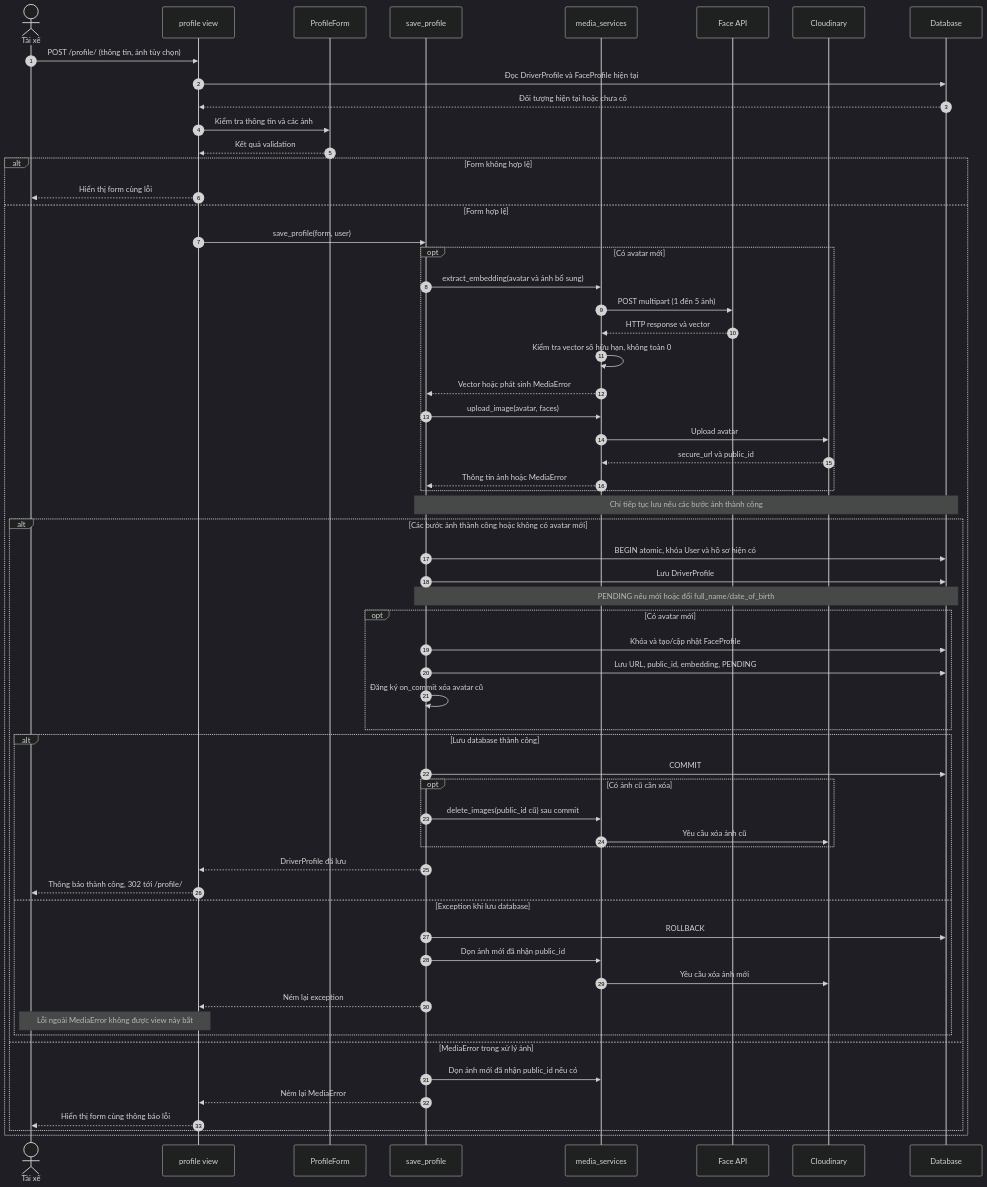
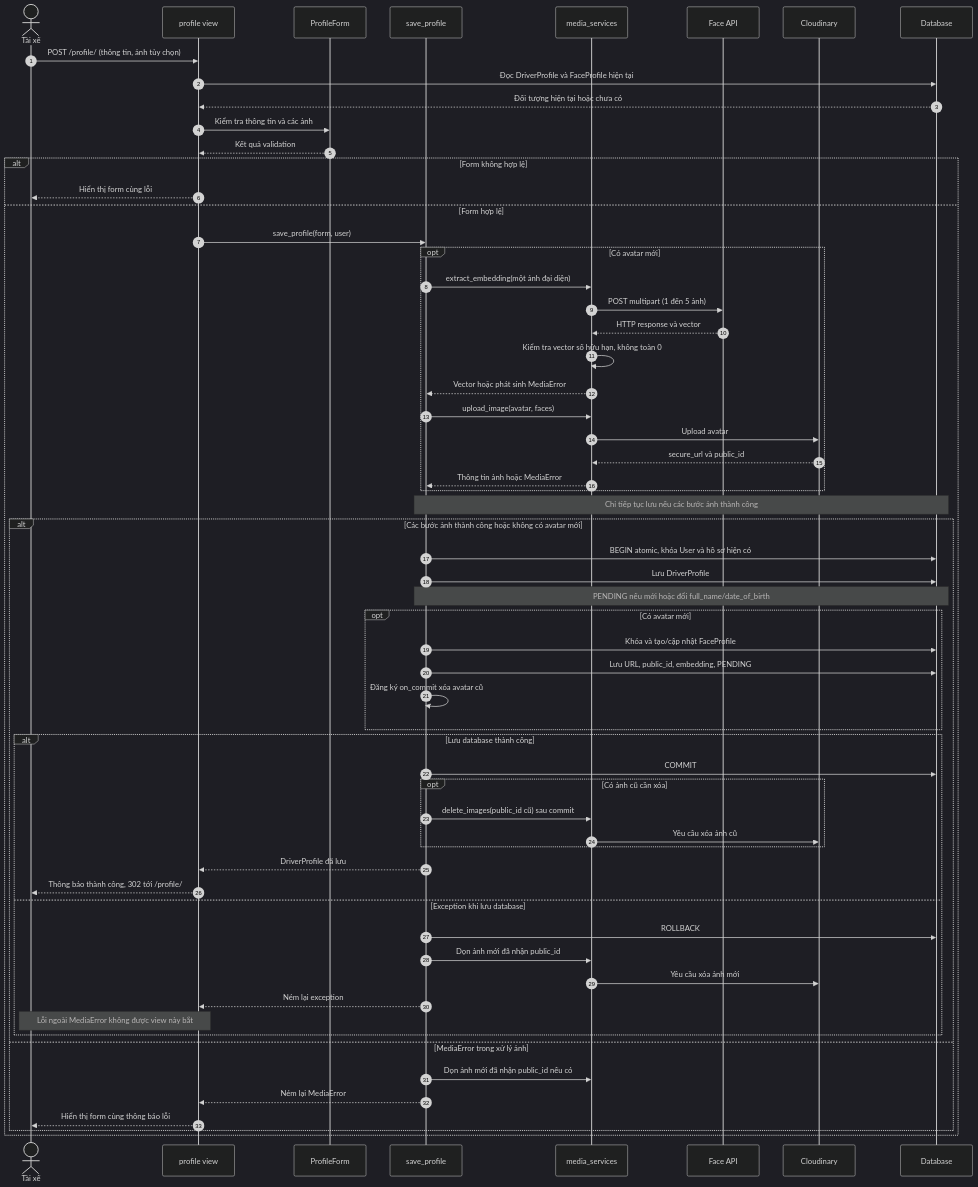
Before and after one commit to 2kdietga/PBL6: the diagram in docs/sequence/03_luu_ho_so.mmd, drawn with Mermaid (dark theme). The commit also changed 11 other files, not shown here.

Commit message:
fix giao diện, embeding chỉ 1 ảnh duy nhất

```diff
--- a/docs/sequence/03_luu_ho_so.mmd
+++ b/docs/sequence/03_luu_ho_so.mmd
@@ -1,61 +1,61 @@
 sequenceDiagram
     autonumber
     actor U as Tài xế
     participant V as profile view
     participant F as ProfileForm
     participant S as save_profile
     participant M as media_services
     participant API as Face API
     participant C as Cloudinary
     participant DB as Database
     U->>V: POST /profile/ (thông tin, ảnh tùy chọn)
     V->>DB: Đọc DriverProfile và FaceProfile hiện tại
     DB-->>V: Đối tượng hiện tại hoặc chưa có
     V->>F: Kiểm tra thông tin và các ảnh
     F-->>V: Kết quả validation
     alt Form không hợp lệ
         V-->>U: Hiển thị form cùng lỗi
     else Form hợp lệ
         V->>S: save_profile(form, user)
         opt Có avatar mới
-            S->>M: extract_embedding(avatar và ảnh bổ sung)
+            S->>M: extract_embedding(một ảnh đại diện)
             M->>API: POST multipart (1 đến 5 ảnh)
             API-->>M: HTTP response và vector
             M->>M: Kiểm tra vector số hữu hạn, không toàn 0
             M-->>S: Vector hoặc phát sinh MediaError
             S->>M: upload_image(avatar, faces)
             M->>C: Upload avatar
             C-->>M: secure_url và public_id
             M-->>S: Thông tin ảnh hoặc MediaError
         end
         Note over S,DB: Chỉ tiếp tục lưu nếu các bước ảnh thành công
         alt Các bước ảnh thành công hoặc không có avatar mới
             S->>DB: BEGIN atomic, khóa User và hồ sơ hiện có
             S->>DB: Lưu DriverProfile
             Note over S,DB: PENDING nếu mới hoặc đổi full_name/date_of_birth
             opt Có avatar mới
                 S->>DB: Khóa và tạo/cập nhật FaceProfile
                 S->>DB: Lưu URL, public_id, embedding, PENDING
                 S->>S: Đăng ký on_commit xóa avatar cũ
             end
             alt Lưu database thành công
                 S->>DB: COMMIT
                 opt Có ảnh cũ cần xóa
                     S->>M: delete_images(public_id cũ) sau commit
                     M->>C: Yêu cầu xóa ảnh cũ
                 end
                 S-->>V: DriverProfile đã lưu
                 V-->>U: Thông báo thành công, 302 tới /profile/
             else Exception khi lưu database
                 S->>DB: ROLLBACK
                 S->>M: Dọn ảnh mới đã nhận public_id
                 M->>C: Yêu cầu xóa ảnh mới
                 S-->>V: Ném lại exception
                 Note over V,U: Lỗi ngoài MediaError không được view này bắt
             end
         else MediaError trong xử lý ảnh
             S->>M: Dọn ảnh mới đã nhận public_id nếu có
             S-->>V: Ném lại MediaError
             V-->>U: Hiển thị form cùng thông báo lỗi
         end
     end
```
